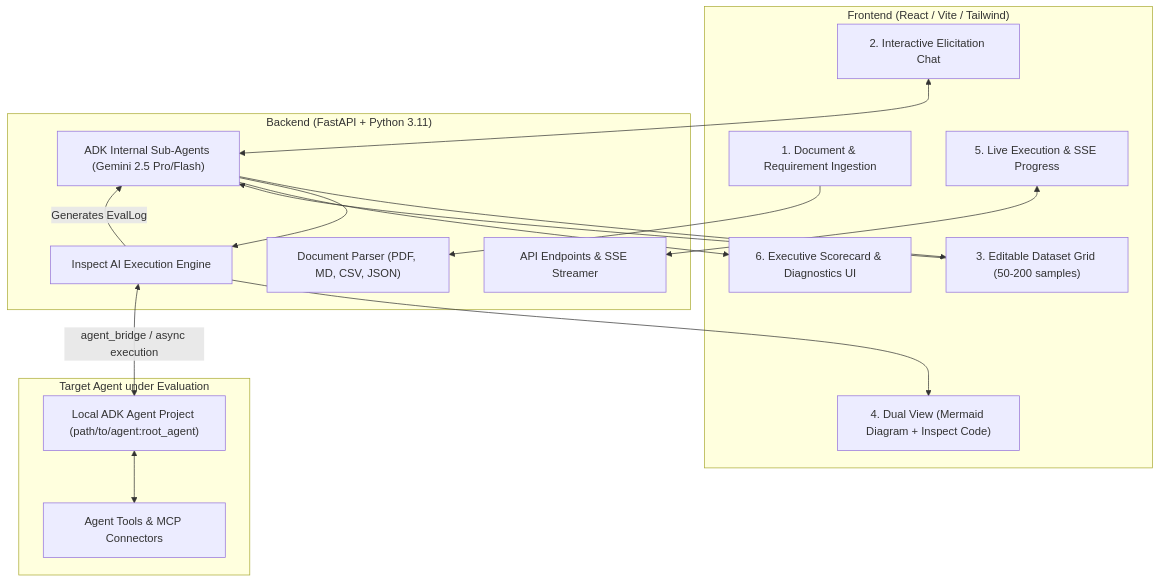
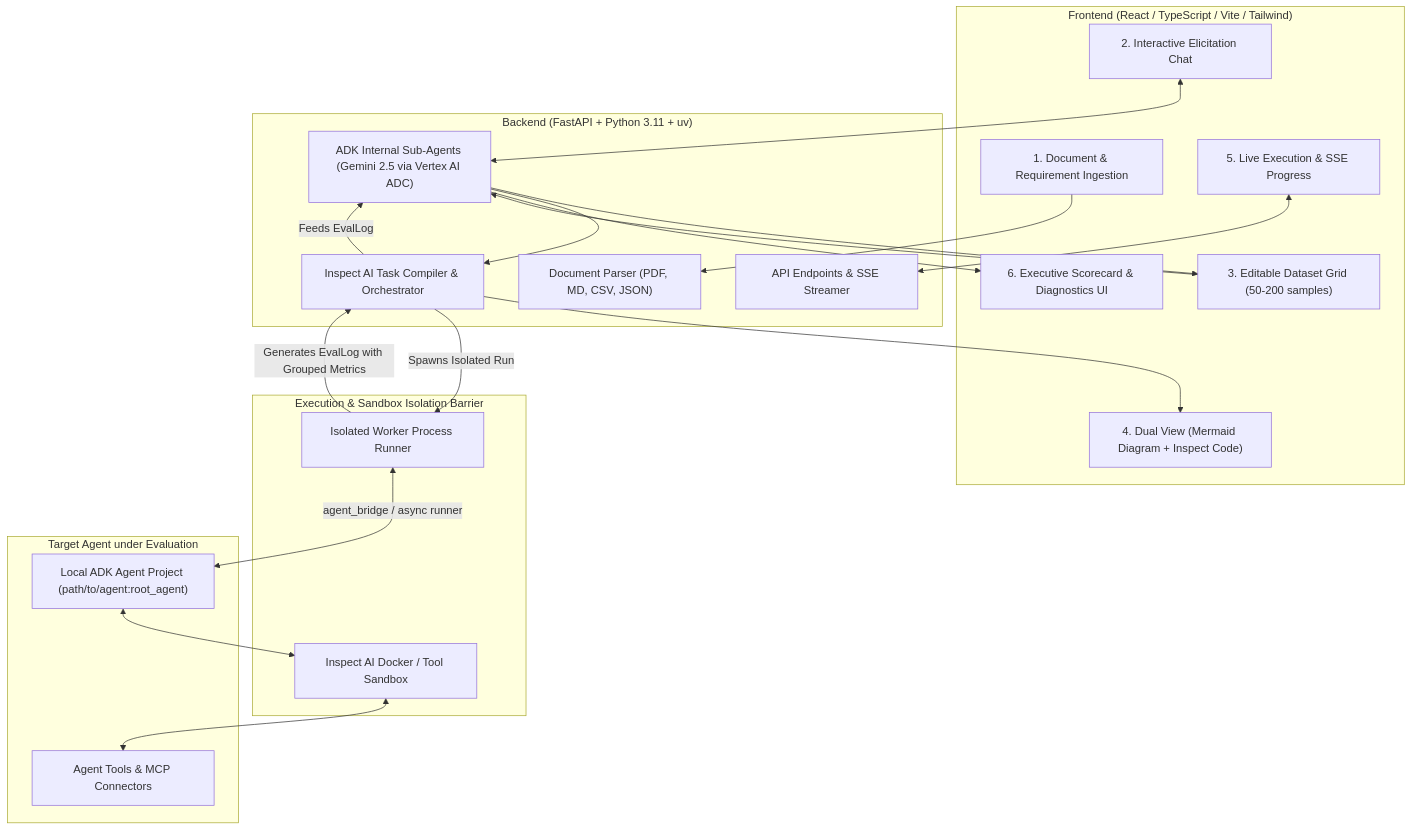
Before and after one commit to grigory93/eval-studio-ai: the diagram in SPEC.md, drawn with Mermaid. The commit also changed other lines of this file, not shown here.

````diff
--- a/SPEC.md
+++ b/SPEC.md
@@ -42,35 +52,43 @@
 ```mermaid
 flowchart TD
-    subgraph UI ["Frontend (React / Vite / Tailwind)"]
+    subgraph UI ["Frontend (React / TypeScript / Vite / Tailwind)"]
         A1["1. Document & Requirement Ingestion"]
         A2["2. Interactive Elicitation Chat"]
         A3["3. Editable Dataset Grid (50-200 samples)"]
         A4["4. Dual View (Mermaid Diagram + Inspect Code)"]
         A5["5. Live Execution & SSE Progress"]
         A6["6. Executive Scorecard & Diagnostics UI"]
     end
 
-    subgraph Backend ["Backend (FastAPI + Python 3.11)"]
+    subgraph Backend ["Backend (FastAPI + Python 3.11 + uv)"]
         B1["API Endpoints & SSE Streamer"]
         B2["Document Parser (PDF, MD, CSV, JSON)"]
-        B3["ADK Internal Sub-Agents (Gemini 2.5 Pro/Flash)"]
-        B4["Inspect AI Execution Engine"]
+        B3["ADK Internal Sub-Agents (Gemini 2.5 via Vertex AI ADC)"]
+        B4["Inspect AI Task Compiler & Orchestrator"]
+    end
+
+    subgraph Isolation ["Execution & Sandbox Isolation Barrier"]
+        S1["Isolated Worker Process Runner"]
+        S2["Inspect AI Docker / Tool Sandbox"]
     end
 
     subgraph Target ["Target Agent under Evaluation"]
         T1["Local ADK Agent Project (path/to/agent:root_agent)"]
         T2["Agent Tools & MCP Connectors"]
     end
 
     A1 --> B2
     A2 <--> B3
     B3 --> A3
     A3 --> B3
     B3 --> B4
     B4 --> A4
     A5 <--> B1
-    B4 <-->|agent_bridge / async execution| T1
-    T1 <--> T2
-    B4 -->|Generates EvalLog| B3
+    B4 -->|Spawns Isolated Run| S1
+    S1 <-->|agent_bridge / async runner| T1
+    T1 <--> S2
+    S2 <--> T2
+    S1 -->|Generates EvalLog with Grouped Metrics| B4
+    B4 -->|Feeds EvalLog| B3
     B3 --> A6
 ```
````
